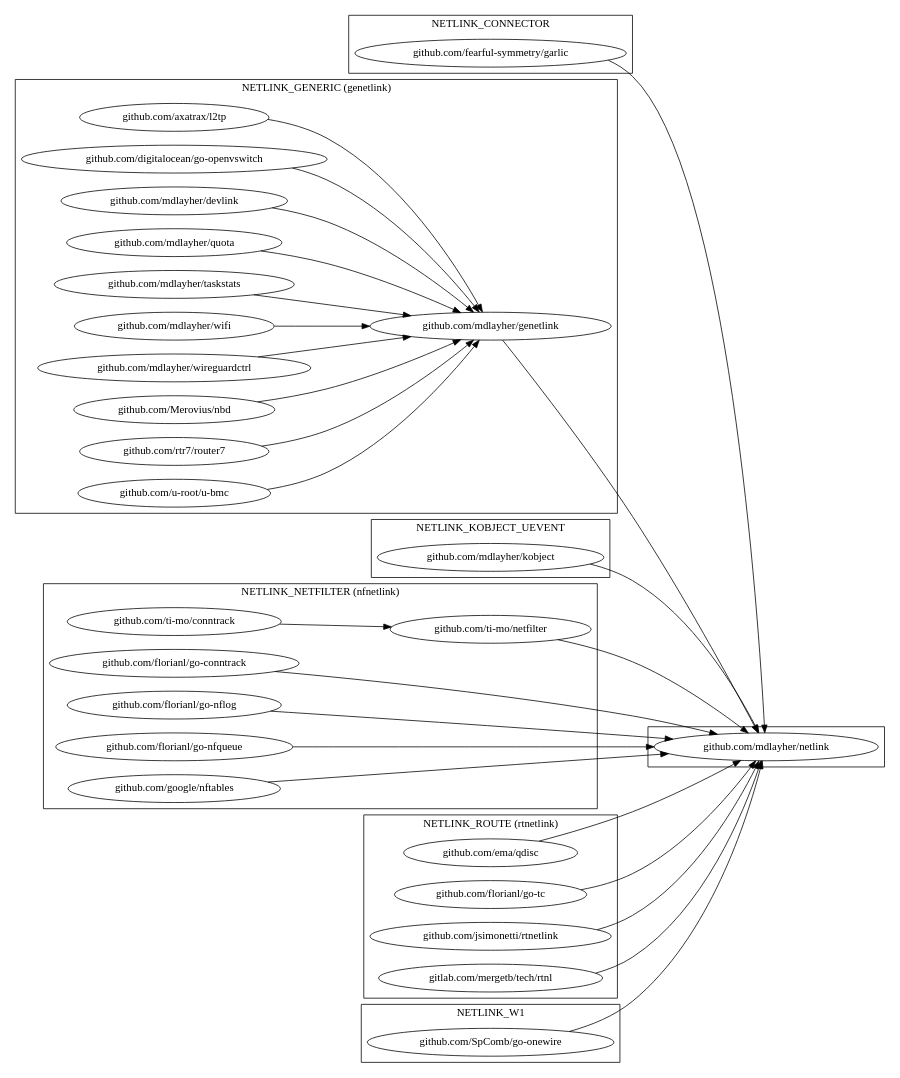
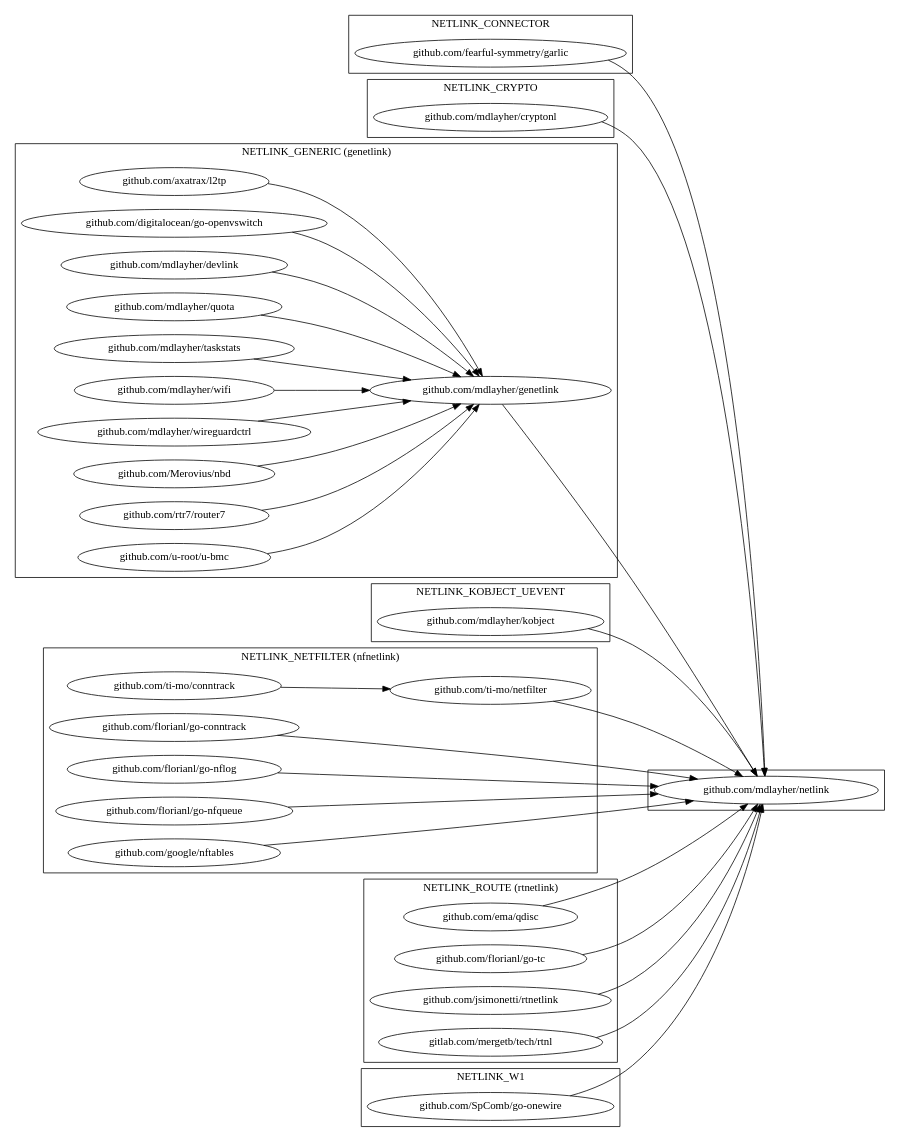
Before and after one commit to mdlayher/netlink: the diagram in netlink.dot, drawn with Graphviz. The commit also changed 2 other files, not shown here.

Commit message:
netlink.dot: add cryptonl

```diff
--- a/netlink.dot
+++ b/netlink.dot
@@ -1,77 +1,85 @@
 digraph {
     rankdir = LR
 
     subgraph cluster_netlink {
         "github.com/mdlayher/netlink" [URL="https://github.com/mdlayher/netlink"]
     }
 
     subgraph cluster_connector {
         label = "NETLINK_CONNECTOR";
 
         {
             "github.com/fearful-symmetry/garlic" [URL="https://github.com/fearful-symmetry/garlic"]
+        } -> "github.com/mdlayher/netlink"
+    }
+
+    subgraph cluster_crypto {
+        label = "NETLINK_CRYPTO";
+
+        {
+            "github.com/mdlayher/cryptonl" [URL="https://github.com/mdlayher/cryptonl"]
         } -> "github.com/mdlayher/netlink"
     }
 
     subgraph cluster_generic {
         label = "NETLINK_GENERIC (genetlink)";
         "github.com/mdlayher/genetlink" [URL="https://github.com/mdlayher/genetlink"]
         "github.com/mdlayher/genetlink" -> "github.com/mdlayher/netlink"
 
         {   
             "github.com/axatrax/l2tp" [URL="https://github.com/axatrax/l2tp"]
             "github.com/digitalocean/go-openvswitch" [URL="https://github.com/digitalocean/go-openvswitch"]
             "github.com/mdlayher/devlink" [URL="https://github.com/mdlayher/devlink"]
             "github.com/mdlayher/quota" [URL="https://github.com/mdlayher/quota"]
             "github.com/mdlayher/taskstats" [URL="https://github.com/mdlayher/taskstats"]
             "github.com/mdlayher/wifi" [URL="https://github.com/mdlayher/wifi"]
             "github.com/mdlayher/wireguardctrl" [URL="https://github.com/mdlayher/wireguardctrl"]
             "github.com/Merovius/nbd" [URL="https://github.com/Merovius/nbd"]
             "github.com/rtr7/router7" [URL="https://github.com/rtr7/router7"]
             "github.com/u-root/u-bmc" [URL="https://github.com/u-root/u-bmc"]
         } -> "github.com/mdlayher/genetlink" 
     }
 
     subgraph cluster_kobject_uevent {
         label = "NETLINK_KOBJECT_UEVENT";
 
         {
             "github.com/mdlayher/kobject" [URL="https://github.com/mdlayher/kobject"]
         } -> "github.com/mdlayher/netlink"
     }
 
     subgraph cluster_netfilter {
         label = "NETLINK_NETFILTER (nfnetlink)";
 
         {
             "github.com/florianl/go-conntrack" [URL="https://github.com/florianl/go-conntrack"]
             "github.com/florianl/go-nflog" [URL="https://github.com/florianl/go-nflog"]
             "github.com/florianl/go-nfqueue" [URL="https://github.com/florianl/go-nfqueue"]
             "github.com/google/nftables" [URL="https://github.com/google/nftables"]
             "github.com/ti-mo/netfilter" [URL="https://github.com/ti-mo/netfilter"]
         } -> "github.com/mdlayher/netlink"
 
         {
             "github.com/ti-mo/conntrack"  [URL="https://github.com/ti-mo/conntrack"]
         } -> "github.com/ti-mo/netfilter"
     }
 
     subgraph cluster_route {
         label = "NETLINK_ROUTE (rtnetlink)";
 
         {
             "github.com/ema/qdisc" [URL="https://github.com/ema/qdisc"]
             "github.com/florianl/go-tc" [URL="https://github.com/florianl/go-tc"]
             "github.com/jsimonetti/rtnetlink" [URL="https://github.com/jsimonetti/rtnetlink"]
             "gitlab.com/mergetb/tech/rtnl" [URL="https://gitlab.com/mergetb/tech/rtnl"]
         } -> "github.com/mdlayher/netlink"
     }
 
     subgraph cluster_w1 {
         label = "NETLINK_W1";
 
         {
             "github.com/SpComb/go-onewire" [URL="https://github.com/SpComb/go-onewire"]
         } -> "github.com/mdlayher/netlink"
     }
 }
```
